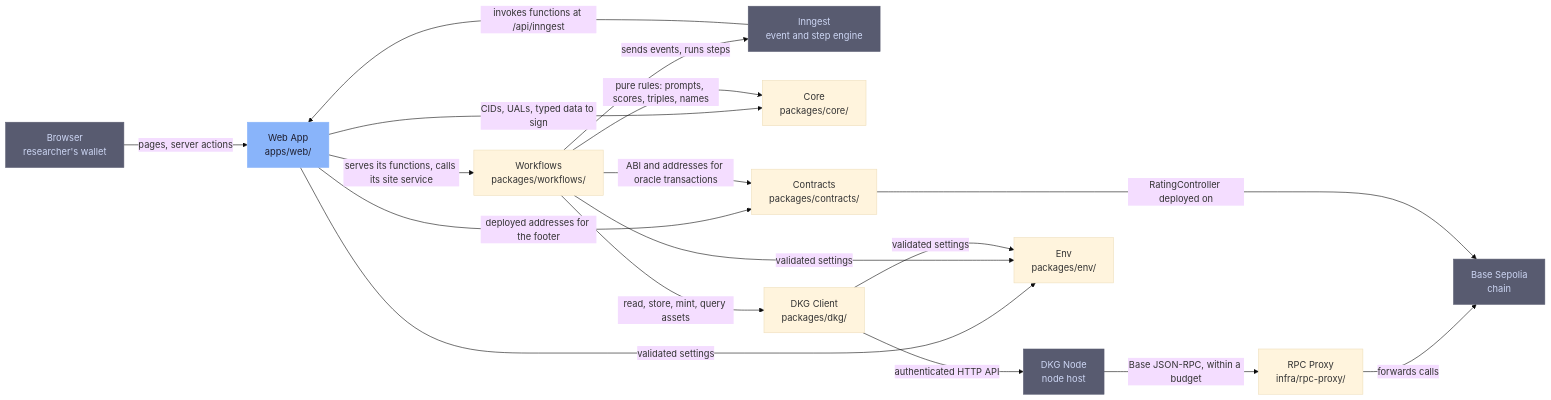
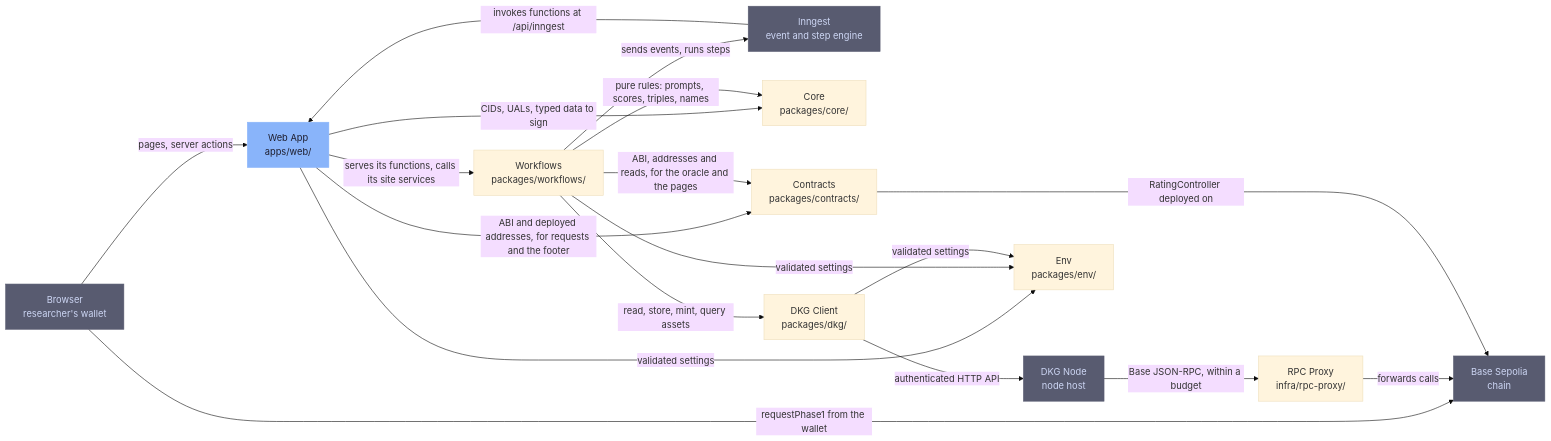
The diagram in .omm/overall-architecture/diagram.mmd (SiegfriedBz/labstrail), drawn with Mermaid (base theme) before and after one commit. The commit also changed 170 other files, not shown here.

First line of the commit message:
feat(web): rate papers and follow their ratings from the site (#39)

```diff
--- a/.omm/overall-architecture/diagram.mmd
+++ b/.omm/overall-architecture/diagram.mmd
@@ -1,21 +1,22 @@
 graph LR
     browser["Browser\nresearcher's wallet"] -->|"pages, server actions"| web-app["Web App\napps/web/"]
+    browser -->|"requestPhase1 from the wallet"| base-sepolia["Base Sepolia\nchain"]
     inngest["Inngest\nevent and step engine"] -->|"invokes functions at /api/inngest"| web-app
-    web-app -->|"serves its functions, calls its site service"| workflows["Workflows\npackages/workflows/"]
+    web-app -->|"serves its functions, calls its site services"| workflows["Workflows\npackages/workflows/"]
     web-app -->|"CIDs, UALs, typed data to sign"| core["Core\npackages/core/"]
-    web-app -->|"deployed addresses for the footer"| contracts["Contracts\npackages/contracts/"]
+    web-app -->|"ABI and deployed addresses, for requests and the footer"| contracts["Contracts\npackages/contracts/"]
     workflows -->|"pure rules: prompts, scores, triples, names"| core
     workflows -->|"read, store, mint, query assets"| dkg-client["DKG Client\npackages/dkg/"]
-    workflows -->|"ABI and addresses for oracle transactions"| contracts
+    workflows -->|"ABI, addresses and reads, for the oracle and the pages"| contracts
     workflows -->|"sends events, runs steps"| inngest
     dkg-client -->|"authenticated HTTP API"| dkg-node["DKG Node\nnode host"]
     dkg-node -->|"Base JSON-RPC, within a budget"| rpc-proxy["RPC Proxy\ninfra/rpc-proxy/"]
-    rpc-proxy -->|"forwards calls"| base-sepolia["Base Sepolia\nchain"]
+    rpc-proxy -->|"forwards calls"| base-sepolia
     contracts -->|"RatingController deployed on"| base-sepolia
     web-app -->|"validated settings"| env["Env\npackages/env/"]
     workflows -->|"validated settings"| env
     dkg-client -->|"validated settings"| env
     classDef external fill:#585b70,stroke:#585b70,color:#cdd6f4
     classDef entry fill:#89b4fa,stroke:#89b4fa,color:#1e1e2e
     class inngest,dkg-node,base-sepolia,browser external
     class web-app entry
```
